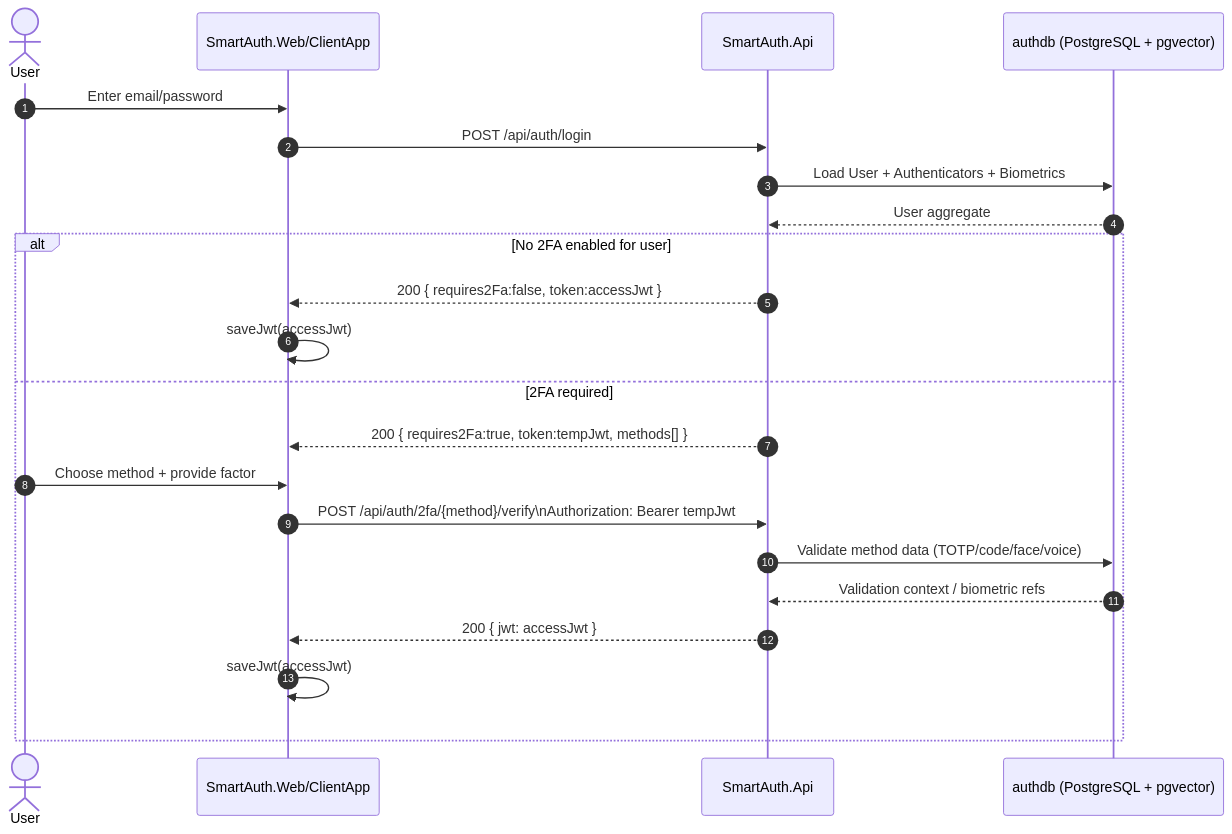
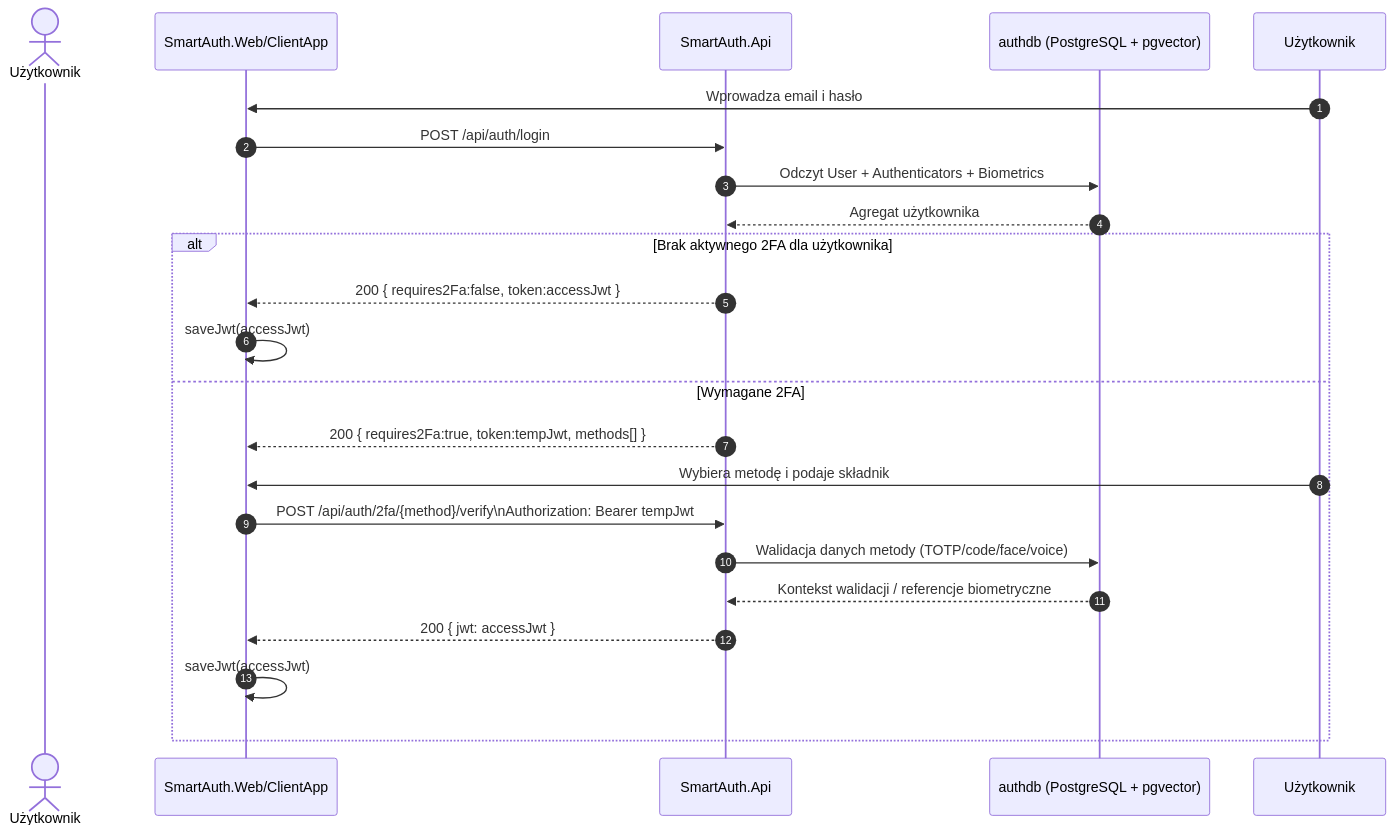
Before and after one commit to nozbieg/SmartAuth: the diagram in docs/diagrams/mermaid/03-auth-sequence.md, drawn with Mermaid. The commit also changed other lines of this file and 11 other files, not shown here.

Commit message:
Translate diagrams documentation to Polish

````diff
--- a/docs/diagrams/mermaid/03-auth-sequence.md
+++ b/docs/diagrams/mermaid/03-auth-sequence.md
@@ -3,26 +3,26 @@
 ```mermaid
 sequenceDiagram
     autonumber
-    actor User
+    actor User as Użytkownik
     participant SPA as SmartAuth.Web/ClientApp
     participant API as SmartAuth.Api
     participant DB as authdb (PostgreSQL + pgvector)
 
-    User->>SPA: Enter email/password
+    Użytkownik->>SPA: Wprowadza email i hasło
     SPA->>API: POST /api/auth/login
-    API->>DB: Load User + Authenticators + Biometrics
-    DB-->>API: User aggregate
+    API->>DB: Odczyt User + Authenticators + Biometrics
+    DB-->>API: Agregat użytkownika
 
-    alt No 2FA enabled for user
+    alt Brak aktywnego 2FA dla użytkownika
         API-->>SPA: 200 { requires2Fa:false, token:accessJwt }
         SPA->>SPA: saveJwt(accessJwt)
-    else 2FA required
+    else Wymagane 2FA
         API-->>SPA: 200 { requires2Fa:true, token:tempJwt, methods[] }
-        User->>SPA: Choose method + provide factor
+        Użytkownik->>SPA: Wybiera metodę i podaje składnik
         SPA->>API: POST /api/auth/2fa/{method}/verify\nAuthorization: Bearer tempJwt
-        API->>DB: Validate method data (TOTP/code/face/voice)
-        DB-->>API: Validation context / biometric refs
+        API->>DB: Walidacja danych metody (TOTP/code/face/voice)
+        DB-->>API: Kontekst walidacji / referencje biometryczne
         API-->>SPA: 200 { jwt: accessJwt }
         SPA->>SPA: saveJwt(accessJwt)
     end
 ```
````
